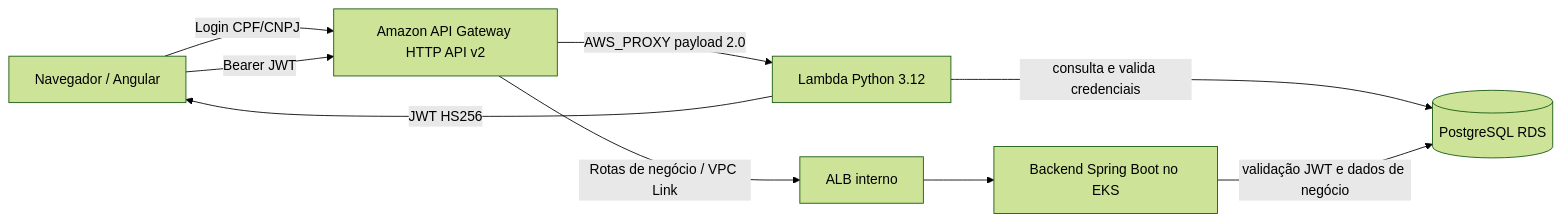
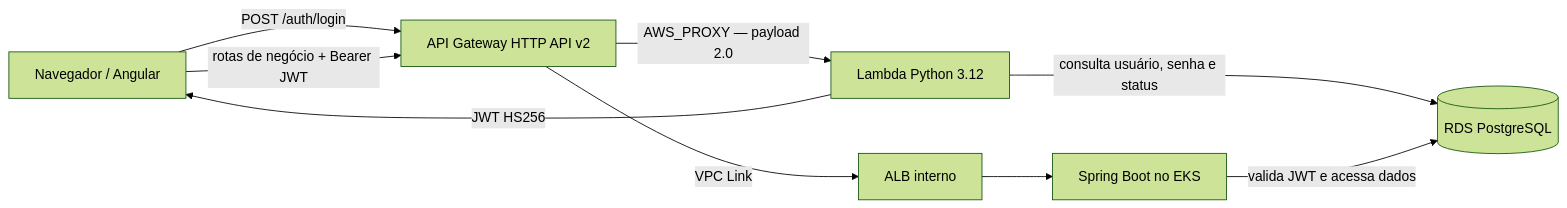
Before and after one commit to autoflow-fiap/autoflow-lambda: the diagram in README.md, drawn with Mermaid (forest theme). The commit also changed other lines of this file and 2 other files, not shown here.

````diff
--- a/README.md
+++ b/README.md
@@ -11,11 +11,11 @@
 ```mermaid
 flowchart LR
-  Browser[Navegador / Angular] -->|Login CPF/CNPJ| Gateway[Amazon API Gateway HTTP API v2]
-  Gateway -->|AWS_PROXY payload 2.0| Lambda[Lambda Python 3.12]
-  Lambda -->|consulta e valida credenciais| DB[(PostgreSQL RDS)]
+  Browser[Navegador / Angular] -->|POST /auth/login| Gateway[API Gateway HTTP API v2]
+  Gateway -->|AWS_PROXY — payload 2.0| Lambda[Lambda Python 3.12]
+  Lambda -->|consulta usuário, senha e status| DB[(RDS PostgreSQL)]
   Lambda -->|JWT HS256| Browser
-  Browser -->|Bearer JWT| Gateway
-  Gateway -->|Rotas de negócio / VPC Link| ALB[ALB interno]
-  ALB --> Backend[Backend Spring Boot no EKS]
-  Backend -->|validação JWT e dados de negócio| DB
+  Browser -->|rotas de negócio + Bearer JWT| Gateway
+  Gateway -->|VPC Link| ALB[ALB interno]
+  ALB --> Backend[Spring Boot no EKS]
+  Backend -->|valida JWT e acessa dados| DB
 ```
````
